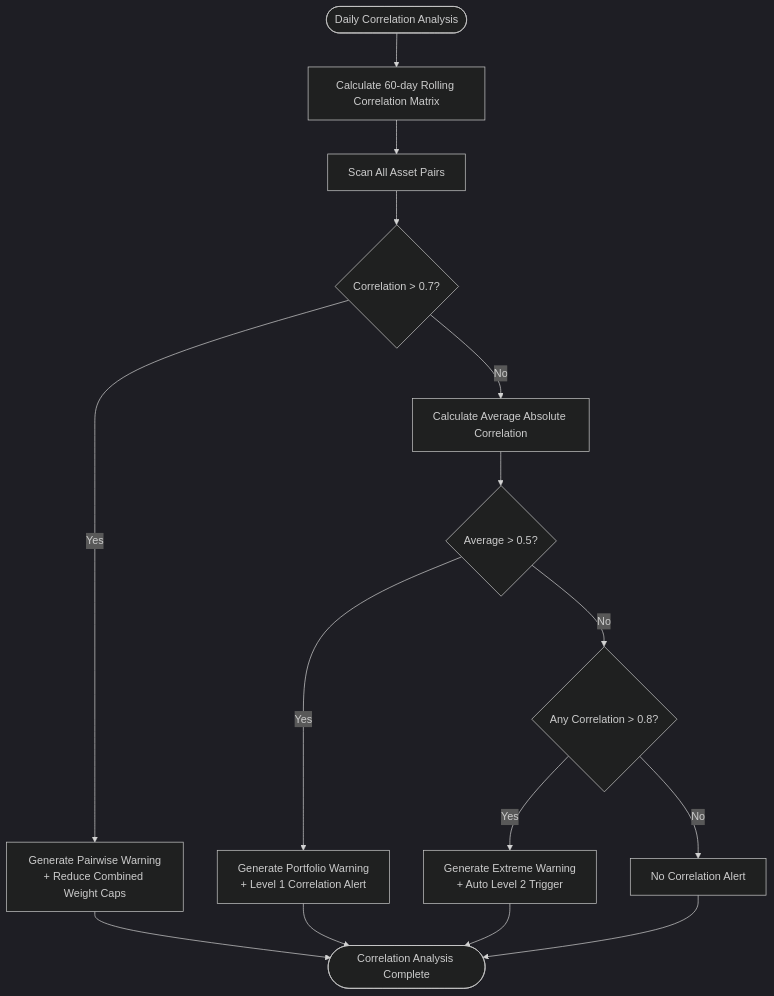
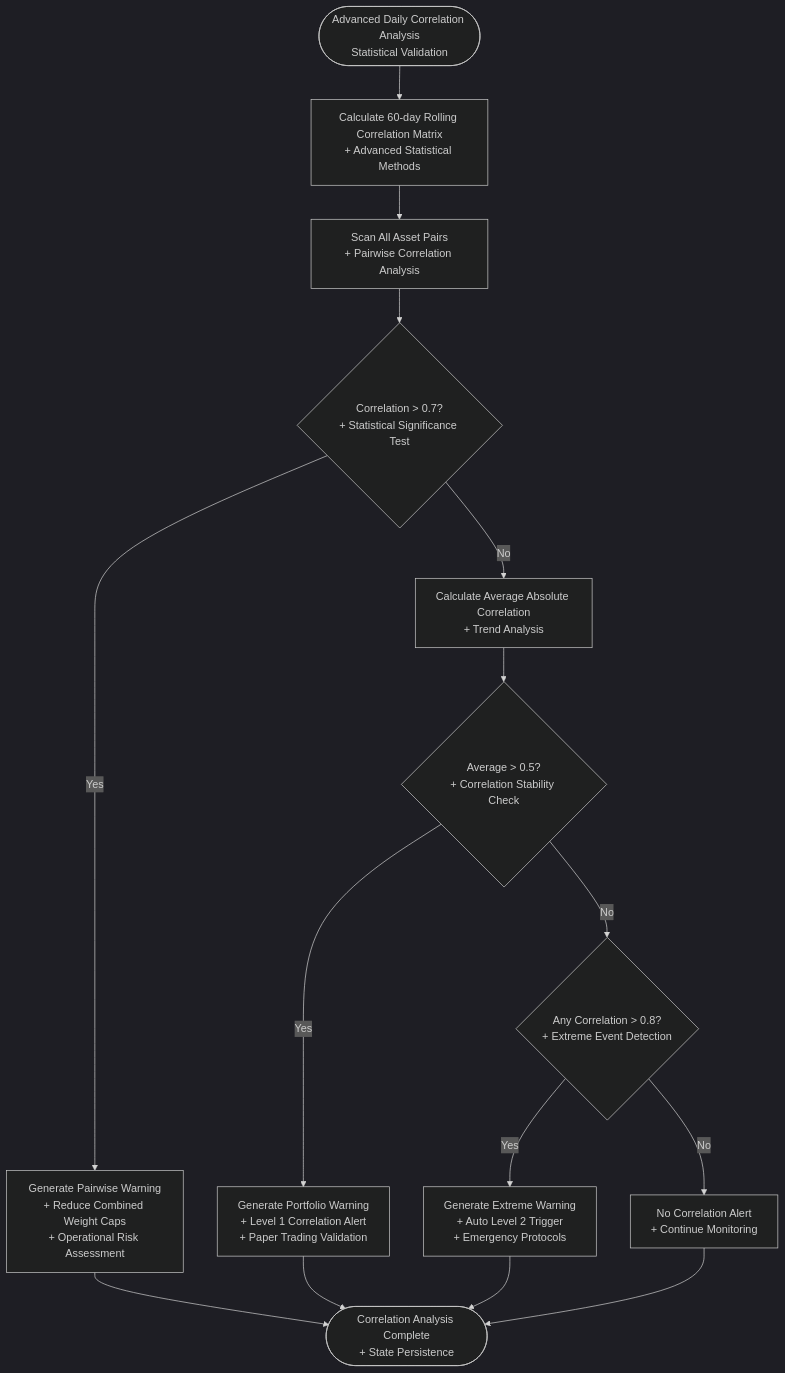
One commit to guofeng201507/shark-quant-trader changed the fifth of 8 diagrams in .qoder/repowiki/en/content/Risk Management System.md. Above: the diagram before and after it, drawn with Mermaid (dark theme). The commit also changed other lines of this file and 14 other files, not shown here.

````diff
--- a/.qoder/repowiki/en/content/Risk Management System.md
+++ b/.qoder/repowiki/en/content/Risk Management System.md
@@ -279,17 +342,17 @@
 ```mermaid
 flowchart TD
-CorrStart(["Daily Correlation Analysis"]) --> Calc["Calculate 60-day Rolling Correlation Matrix"]
-Calc --> Pairs["Scan All Asset Pairs"]
-Pairs --> PairCheck{"Correlation > 0.7?"}
-PairCheck --> |Yes| PairAlert["Generate Pairwise Warning<br/>+ Reduce Combined Weight Caps"]
-PairCheck --> |No| AvgCalc["Calculate Average Absolute Correlation"]
-AvgCalc --> AvgCheck{"Average > 0.5?"}
-AvgCheck --> |Yes| AvgAlert["Generate Portfolio Warning<br/>+ Level 1 Correlation Alert"]
-AvgCheck --> |No| ExtCheck{"Any Correlation > 0.8?"}
-ExtCheck --> |Yes| ExtAlert["Generate Extreme Warning<br/>+ Auto Level 2 Trigger"]
-ExtCheck --> |No| NoAlert["No Correlation Alert"]
-PairAlert --> CorrEnd(["Correlation Analysis Complete"])
+CorrStart(["Advanced Daily Correlation Analysis<br/>Statistical Validation"]) --> Calc["Calculate 60-day Rolling Correlation Matrix<br/>+ Advanced Statistical Methods"]
+Calc --> Pairs["Scan All Asset Pairs<br/>+ Pairwise Correlation Analysis"]
+Pairs --> PairCheck{"Correlation > 0.7?<br/>+ Statistical Significance Test"}
+PairCheck --> |Yes| PairAlert["Generate Pairwise Warning<br/>+ Reduce Combined Weight Caps<br/>+ Operational Risk Assessment"]
+PairCheck --> |No| AvgCalc["Calculate Average Absolute Correlation<br/>+ Trend Analysis"]
+AvgCalc --> AvgCheck{"Average > 0.5?<br/>+ Correlation Stability Check"}
+AvgCheck --> |Yes| AvgAlert["Generate Portfolio Warning<br/>+ Level 1 Correlation Alert<br/>+ Paper Trading Validation"]
+AvgCheck --> |No| ExtCheck{"Any Correlation > 0.8?<br/>+ Extreme Event Detection"}
+ExtCheck --> |Yes| ExtAlert["Generate Extreme Warning<br/>+ Auto Level 2 Trigger<br/>+ Emergency Protocols"]
+ExtCheck --> |No| NoAlert["No Correlation Alert<br/>+ Continue Monitoring"]
+PairAlert --> CorrEnd(["Correlation Analysis Complete<br/>+ State Persistence"])
 AvgAlert --> CorrEnd
 ExtAlert --> CorrEnd
 NoAlert --> CorrEnd
 ```
````
